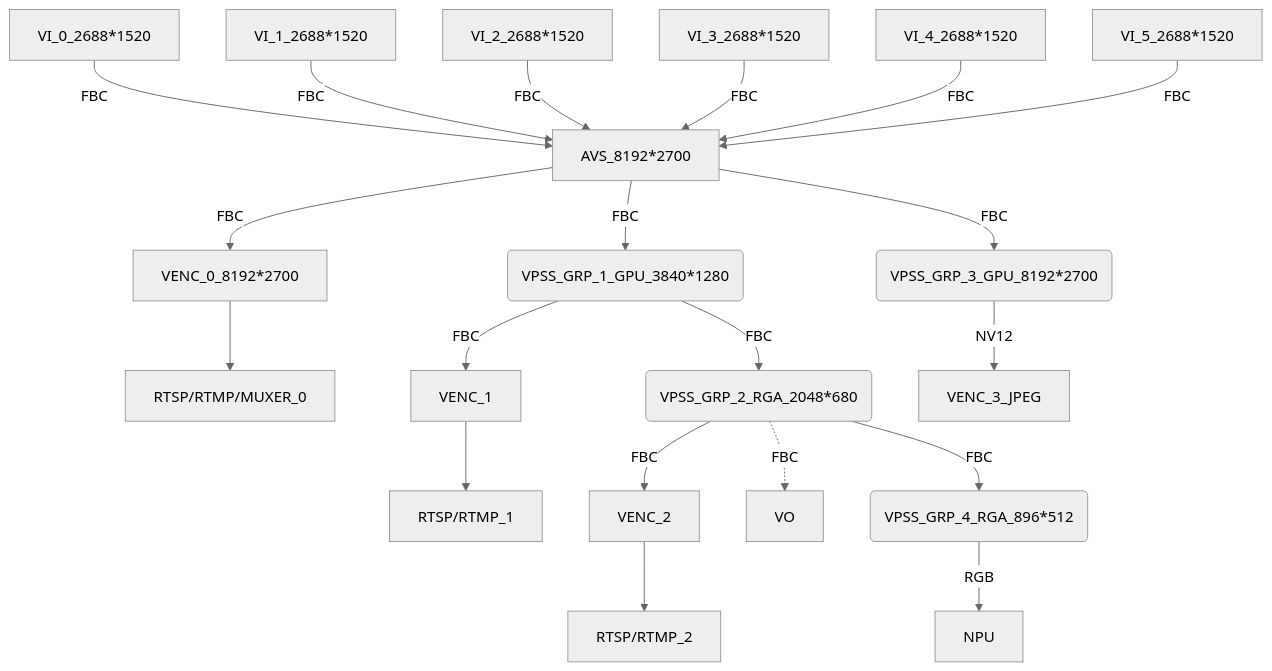
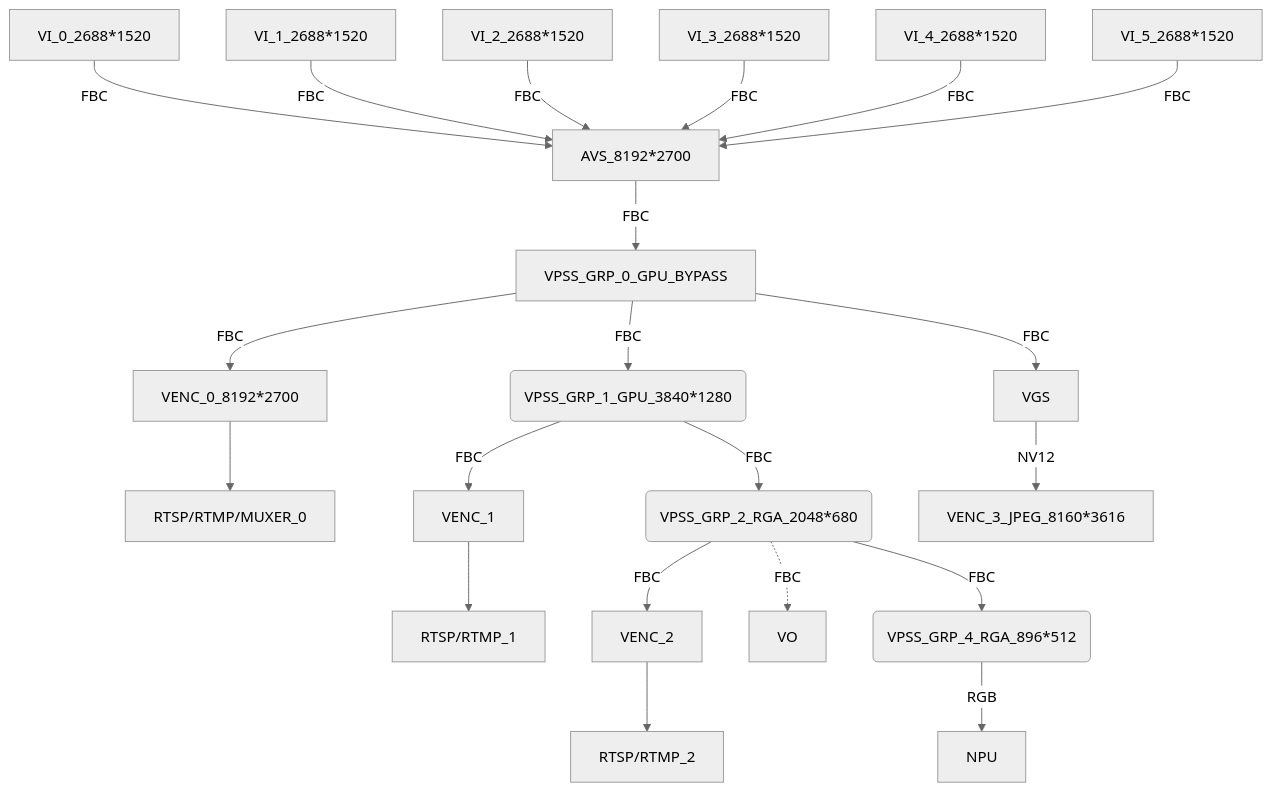
The fifth of 9 diagrams in docs/Rockchip_Developer_Guide_Linux_RKIPC_CN.md (khadas/app_rkipc), drawn with Mermaid (neutral theme) before and after one commit. The commit also changed other lines of this file and 16 other files, not shown here.

Commit message:
rk3588_multi_ipc: add vpss-0-bypass after avs

````diff
--- a/docs/Rockchip_Developer_Guide_Linux_RKIPC_CN.md
+++ b/docs/Rockchip_Developer_Guide_Linux_RKIPC_CN.md
@@ -165,16 +166,16 @@
 ```mermaid
 graph TB
 	VI_0[VI_0_2688*1520]--FBC-->AVS[AVS_8192*2700]
 	VI_1[VI_1_2688*1520]--FBC-->AVS
 	VI_2[VI_2_2688*1520]--FBC-->AVS
 	VI_3[VI_3_2688*1520]--FBC-->AVS
 	VI_4[VI_4_2688*1520]--FBC-->AVS
 	VI_5[VI_5_2688*1520]--FBC-->AVS
-	AVS--FBC-->VPSS_GRP_1(VPSS_GRP_1_GPU_3840*1280)
-	AVS--FBC-->VENC_0_8192*2700-->RTSP/RTMP/MUXER_0
+	AVS--FBC-->VPSS_GRP_0_GPU_BYPASS--FBC-->VENC_0_8192*2700-->RTSP/RTMP/MUXER_0
+	VPSS_GRP_0_GPU_BYPASS--FBC-->VPSS_GRP_1(VPSS_GRP_1_GPU_3840*1280)
 	VPSS_GRP_1--FBC-->VENC_1-->RTSP/RTMP_1
 	VPSS_GRP_1--FBC-->VPSS_GRP_2(VPSS_GRP_2_RGA_2048*680)--FBC-->VENC_2-->RTSP/RTMP_2
 	VPSS_GRP_2-.FBC.->VO
 	VPSS_GRP_2--FBC-->VPSS_GRP_4(VPSS_GRP_4_RGA_896*512)--RGB-->NPU
-	AVS--FBC-->VPSS_GRP_3(VPSS_GRP_3_GPU_8192*2700)--NV12-->VENC_3_JPEG
+	VPSS_GRP_0_GPU_BYPASS--FBC-->VGS--NV12-->VENC_3_JPEG_8160*3616
 ```
````
